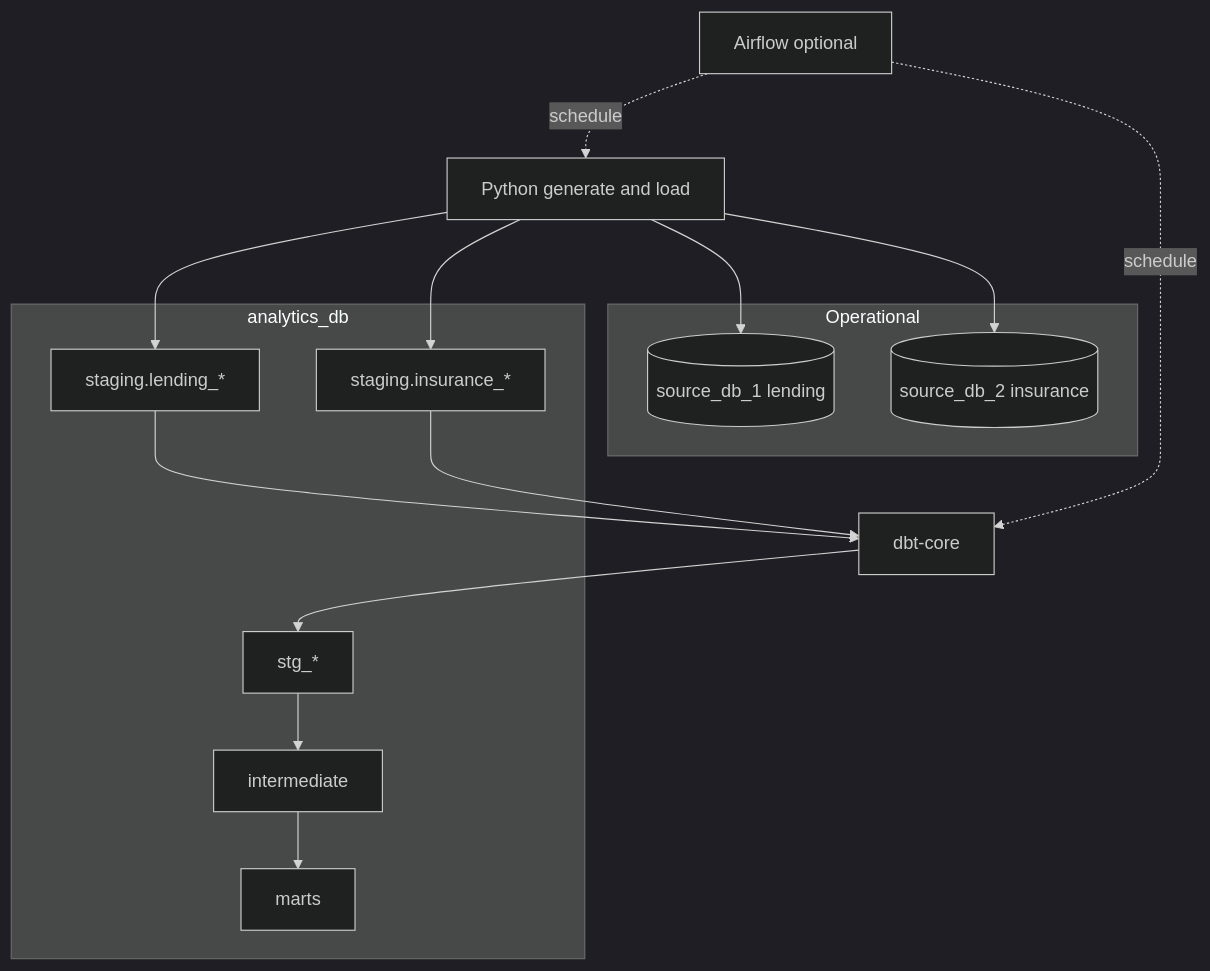
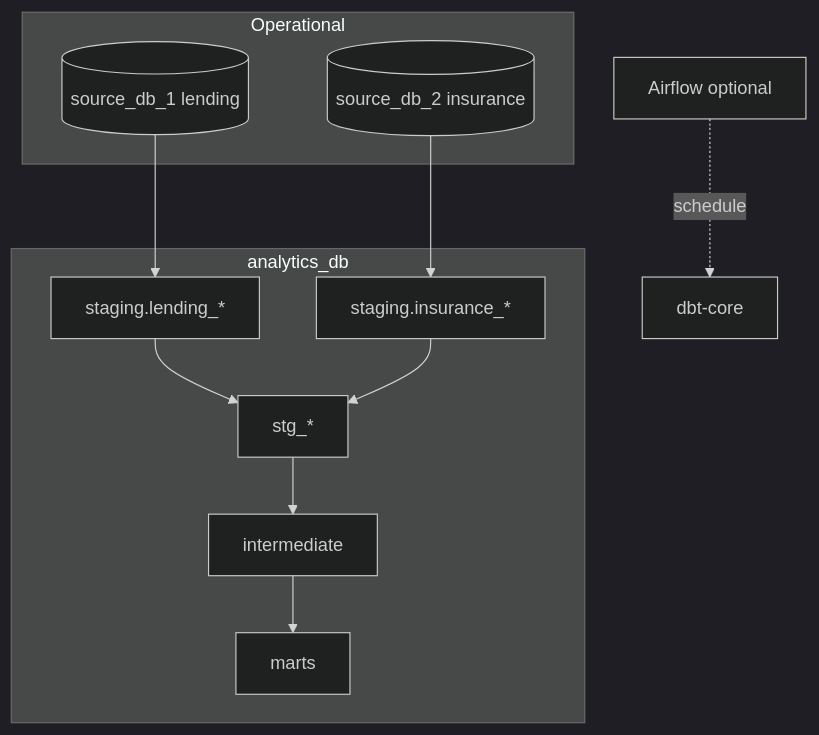
The diagram in README.md (minhsphuc12/mvp-data-product), drawn with Mermaid (dark theme) before and after one commit.

Commit message:
docs: simplify architecture data flow diagram
Update README architecture diagram to remove Python loader node and show direct source-to-staging paths from operational databases.

````diff
--- a/README.md
+++ b/README.md
@@ -48,28 +48,23 @@
 ```mermaid
 flowchart TB
   subgraph ops [Operational]
     S1[(source_db_1 lending)]
     S2[(source_db_2 insurance)]
   end
   subgraph wh [analytics_db]
     LND[staging.lending_*]
     INS[staging.insurance_*]
     STG[stg_*]
     INT[intermediate]
     MRT[marts]
   end
-  Py[Python generate and load]
   AF[Airflow optional]
   DBT[dbt-core]
-  Py --> S1
-  Py --> S2
-  AF -.->|schedule| Py
+  S1 --> LND
+  S2 --> INS
   AF -.->|schedule| DBT
-  Py --> LND
-  Py --> INS
-  LND --> DBT
-  INS --> DBT
-  DBT --> STG
+  LND --> STG
+  INS --> STG
   STG --> INT
   INT --> MRT
 ```
````
